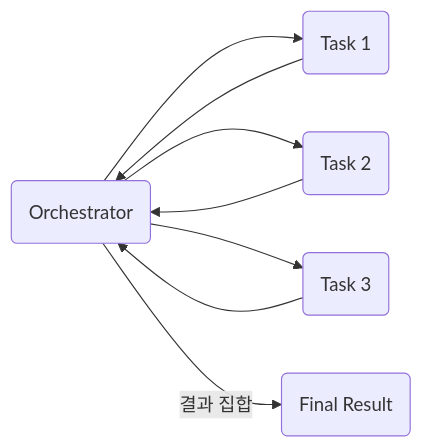
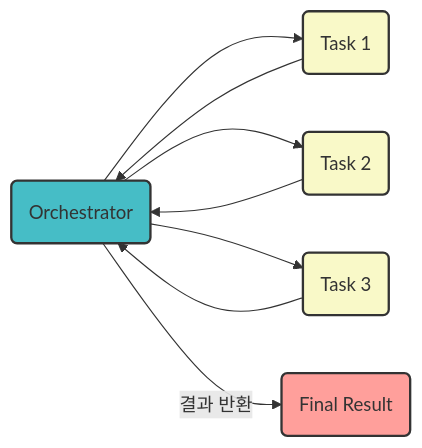
Before and after one commit to dotoryeee/blog: the fourth of 12 diagrams in docs/blog/posts/Cloud Infra/software-architecture-patterns.md, drawn with Mermaid. The commit also changed other lines of this file, not shown here.

Commit message:
update post: software architecture

````diff
--- a/docs/blog/posts/Cloud Infra/software-architecture-patterns.md
+++ b/docs/blog/posts/Cloud Infra/software-architecture-patterns.md
@@ -98,11 +106,17 @@
 ```mermaid
 graph LR
-    오케스트레이터(Orchestrator) --> 작업1(Task 1)
-    작업1 --> 오케스트레이터
-    오케스트레이터 --> 작업2(Task 2)
-    작업2 --> 오케스트레이터
-    오케스트레이터 --> 작업3(Task 3)
-    작업3 --> 오케스트레이터
-    오케스트레이터 --> |"결과 집합"| 최종결과(Final Result)
+    orc(Orchestrator) --> 작업1(Task 1)
+    작업1 --> orc
+    orc --> 작업2(Task 2)
+    작업2 --> orc
+    orc --> 작업3(Task 3)
+    작업3 --> orc
+    orc --> |"결과 반환"| r(Final Result)
+
+    style orc fill:#46bdc6,stroke:#333,stroke-width:2px
+    style 작업1 fill:#f9f9c8,stroke:#333,stroke-width:2px
+    style 작업2 fill:#f9f9c8,stroke:#333,stroke-width:2px
+    style 작업3 fill:#f9f9c8,stroke:#333,stroke-width:2px
+    style r fill:#ff9f9b,stroke:#333,stroke-width:2px
 
 ```
````
